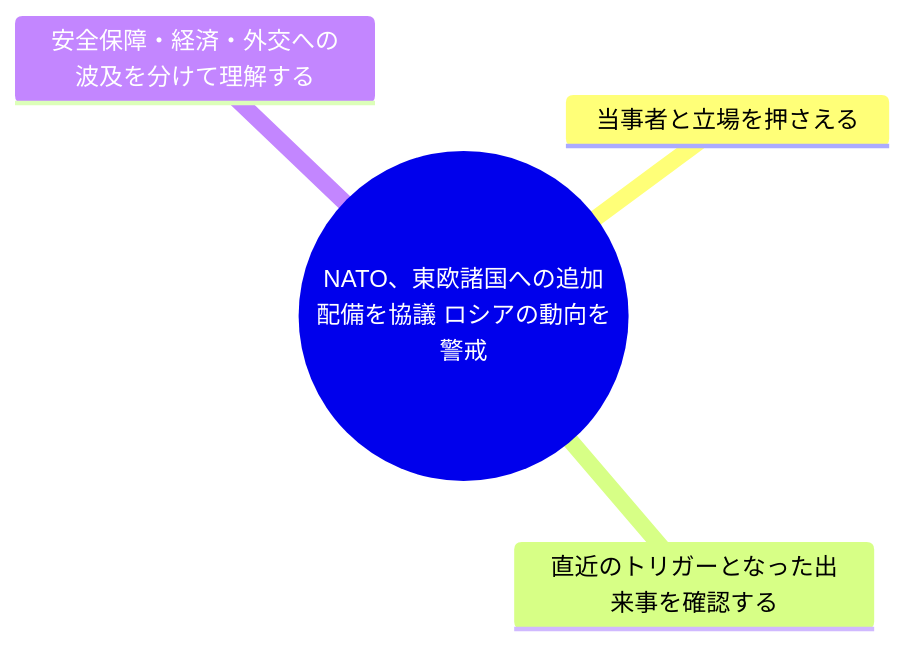
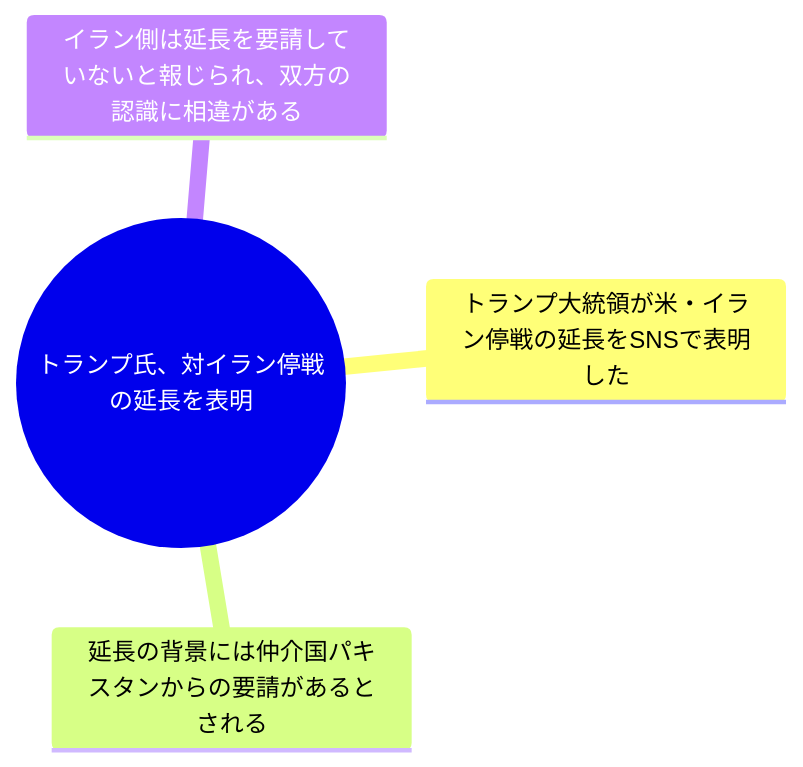
Before and after one commit to YUUUyutaro/tiseigaku: the fifth of 25 diagrams in docs/reports/2026-04-22.md, drawn with Mermaid. The commit also changed other lines of this file and 3 other files, not shown here.

````diff
--- a/docs/reports/2026-04-22.md
+++ b/docs/reports/2026-04-22.md
@@ -85,7 +96,7 @@
 ```mermaid
 mindmap
-  root((NATO、東欧諸国への追加配備を協議 ロシアの動向を警戒))
-    当事者と立場を押さえる
-    直近のトリガーとなった出来事を確認する
-    安全保障・経済・外交への波及を分けて理解する
+  root((トランプ氏、対イラン停戦の延長を表明))
+    トランプ大統領が米・イラン停戦の延長をSNSで表明した
+    延長の背景には仲介国パキスタンからの要請があるとされる
+    イラン側は延長を要請していないと報じられ、双方の認識に相違がある
 ```
````
